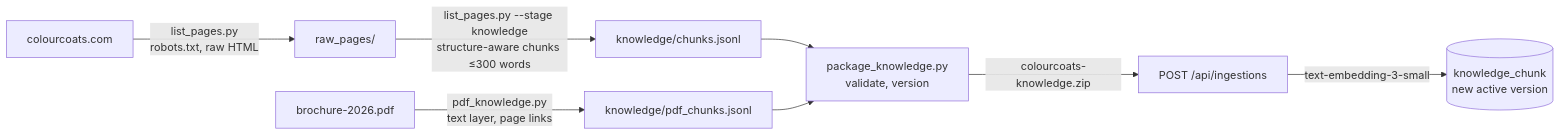
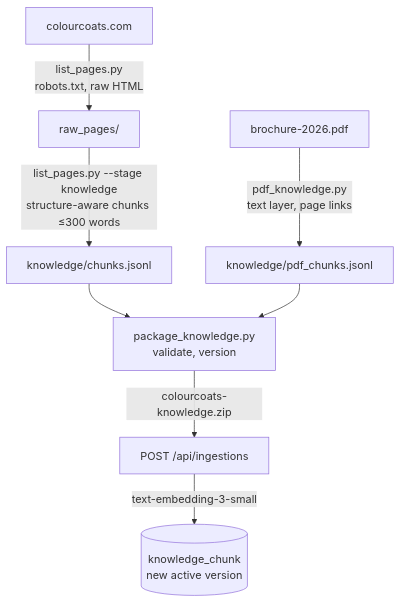
The sixth of 8 diagrams in docs/architecture.md (SohailUstad/Allhome), drawn with Mermaid before and after one commit. The commit also changed other lines of this file, not shown here.

Commit message:
Architecture diagrams: fix the message-flow syntax, vertical knowledge pipeline

````diff
--- a/docs/architecture.md
+++ b/docs/architecture.md
@@ -291,10 +291,10 @@
 ```mermaid
-flowchart LR
+flowchart TB
     A[colourcoats.com] -->|list_pages.py<br/>robots.txt, raw HTML| B[raw_pages/]
     B -->|list_pages.py --stage knowledge<br/>structure-aware chunks ≤300 words| C[knowledge/chunks.jsonl]
     P[brochure-2026.pdf] -->|pdf_knowledge.py<br/>text layer, page links| D[knowledge/pdf_chunks.jsonl]
     C --> E[package_knowledge.py<br/>validate, version]
     D --> E
     E -->|colourcoats-knowledge.zip| F[POST /api/ingestions]
     F -->|text-embedding-3-small| G[(knowledge_chunk<br/>new active version)]
 ```
````
